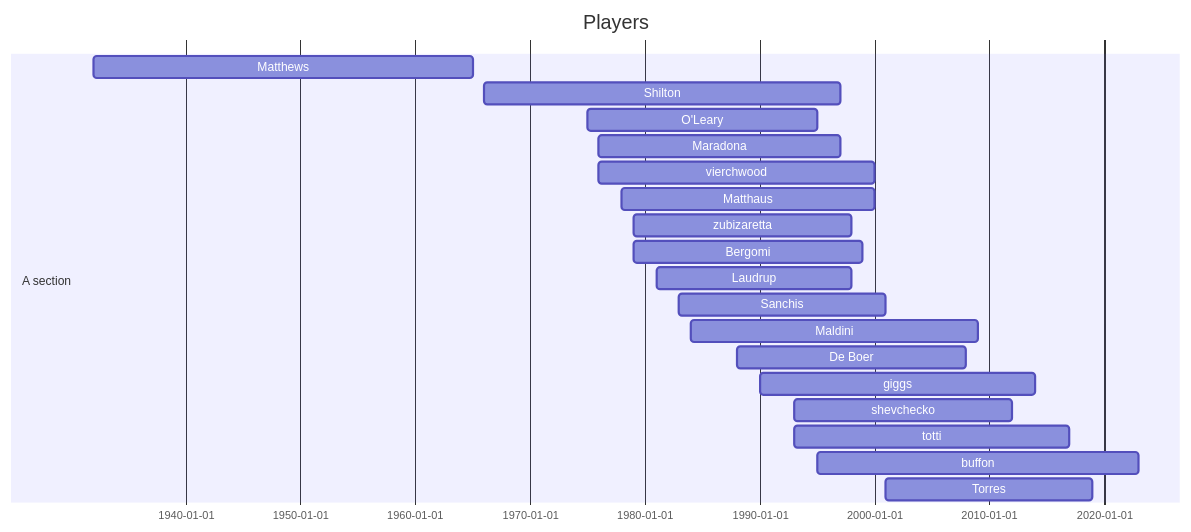
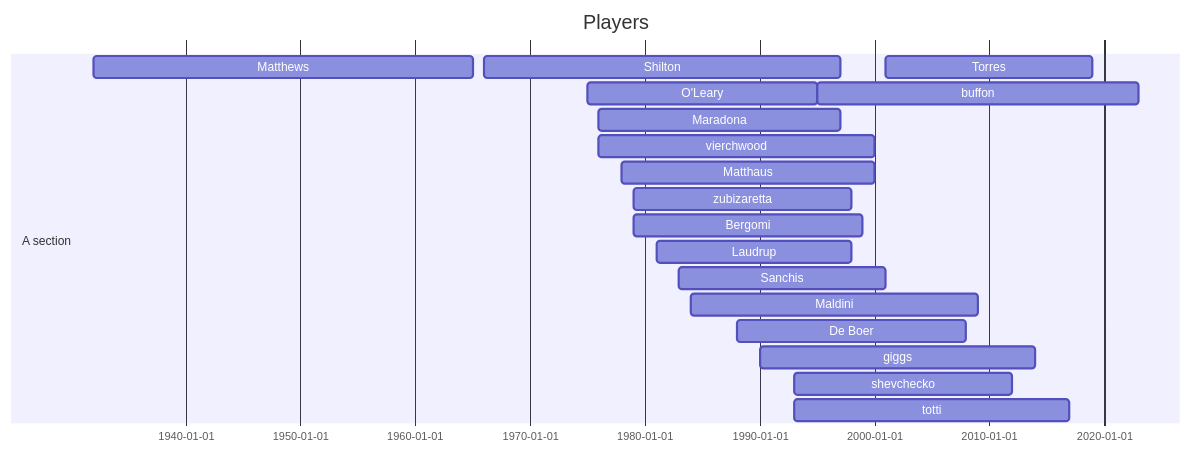
One commit to sarnobat/mermaid changed the second of 6 diagrams in README.md. Above: the diagram before and after it, drawn with Mermaid. The commit also changed other lines of this file, not shown here.

````diff
--- a/README.md
+++ b/README.md
@@ -25,24 +25,27 @@
 ```mermaid
+---
+displayMode: compact
+---
 gantt
 dateFormat  YYYY
 title Players
 
 section A section
 Matthews      : 1932,1965
 Shilton    : 1966,1997
 O'Leary  : 1975,1995
 Maradona    : 1976,1997
 vierchwood    : 1976,2000
 Matthaus  : 1978,2000
 zubizaretta    : 1979,1998
 Bergomi :  1979,1999
 Laudrup    : 1981,1998
 Sanchis    : 1983,2001
 Maldini    : 1984,2009
 De Boer    : 1988,2008
 giggs    : 1990,2014
 shevchecko    : 1993,2012
 totti    : 1993,2017
 buffon    : 1995,2023
 Torres    : 2001,2019
 ```
````
